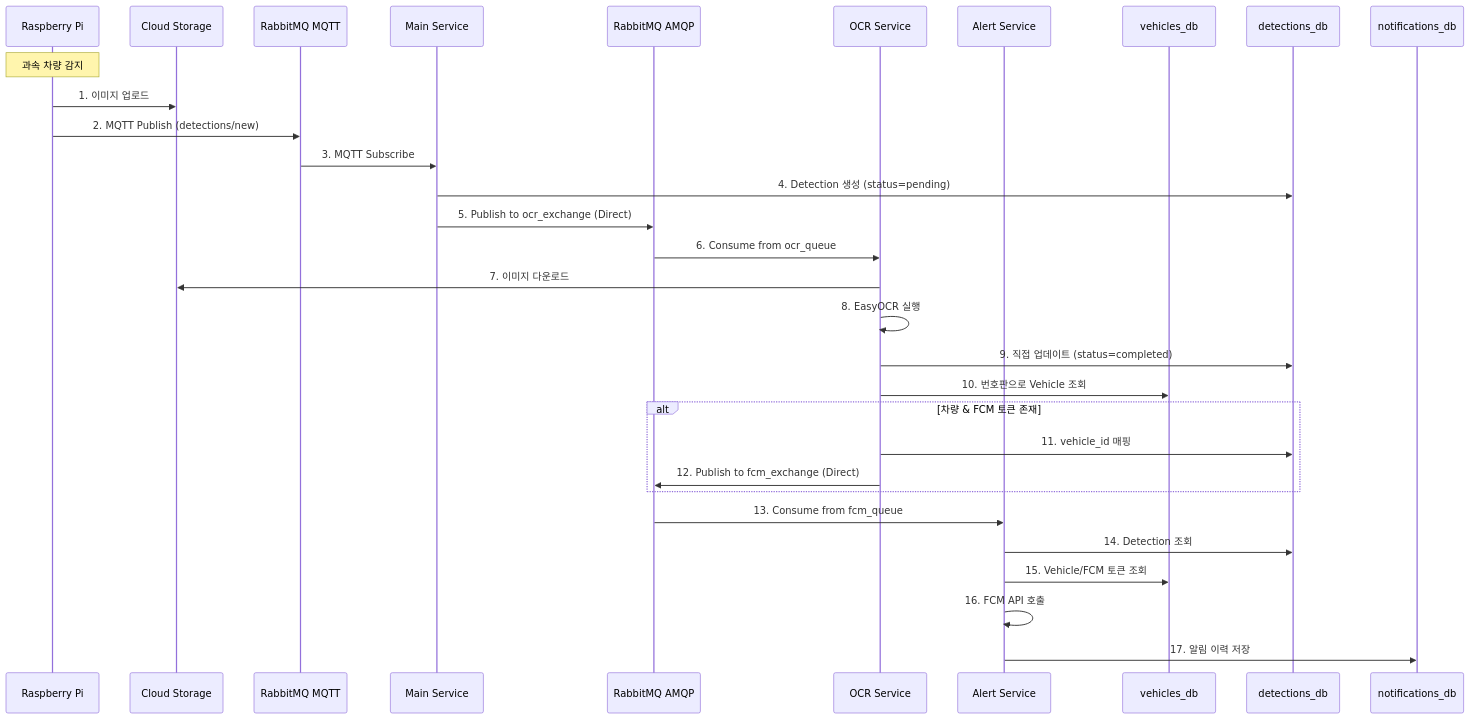
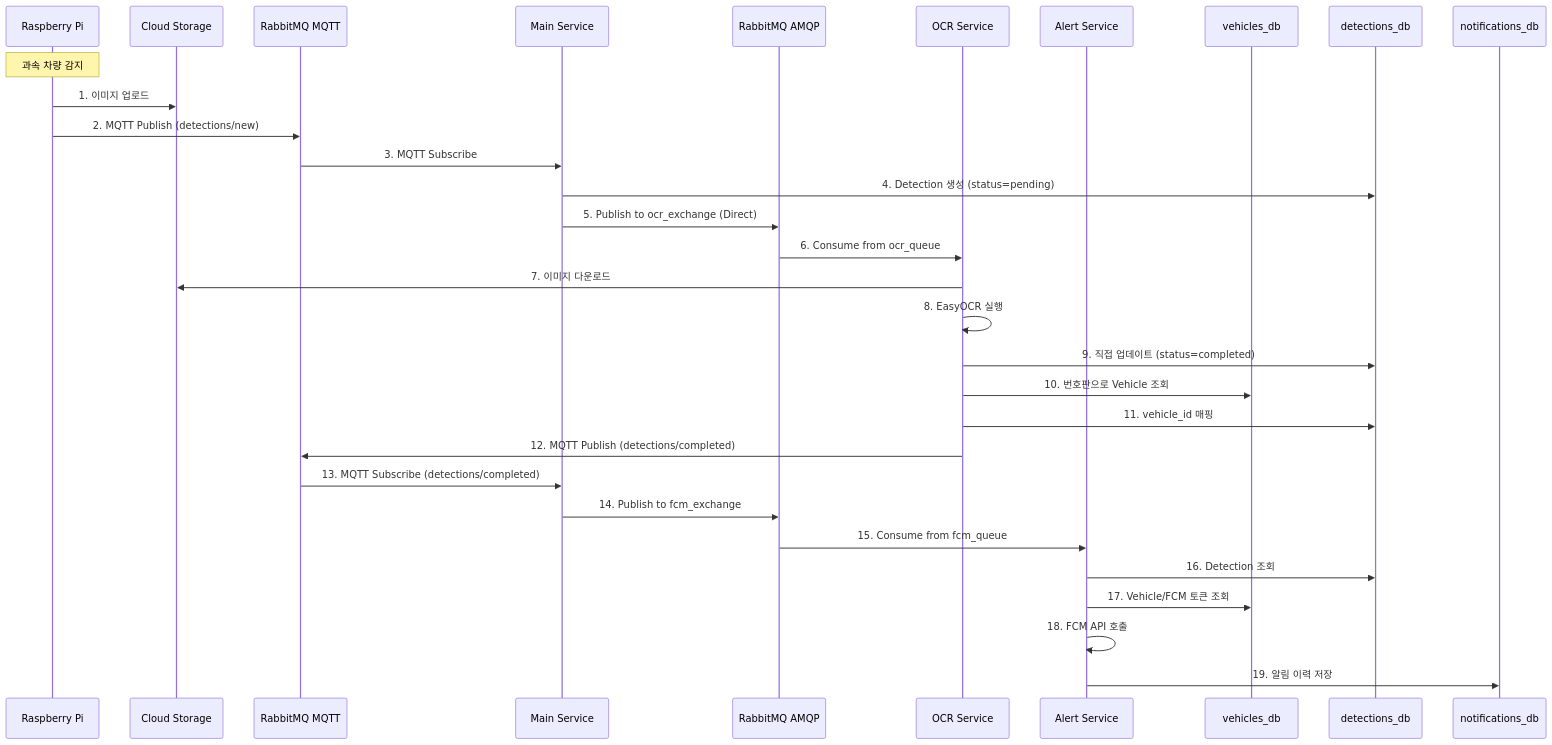
The second of 4 diagrams in docs/PRD.md (Qualcom-Capstone/backend), drawn with Mermaid before and after one commit. The commit also changed other lines of this file and 19 other files, not shown here.

````diff
--- a/docs/PRD.md
+++ b/docs/PRD.md
@@ -117,37 +119,38 @@
 ```mermaid
 sequenceDiagram
     participant Pi as Raspberry Pi
     participant GCS as Cloud Storage
     participant MQTT as RabbitMQ MQTT
     participant Django as Main Service
     participant AMQP as RabbitMQ AMQP
     participant OCR as OCR Service
     participant FCM as Alert Service
     participant VDB as vehicles_db
     participant DDB as detections_db
     participant NDB as notifications_db
 
     Note over Pi: 과속 차량 감지
     Pi->>GCS: 1. 이미지 업로드
     Pi->>MQTT: 2. MQTT Publish (detections/new)
     
     MQTT->>Django: 3. MQTT Subscribe
     Django->>DDB: 4. Detection 생성 (status=pending)
     Django->>AMQP: 5. Publish to ocr_exchange (Direct)
     
     AMQP->>OCR: 6. Consume from ocr_queue
     OCR->>GCS: 7. 이미지 다운로드
     OCR->>OCR: 8. EasyOCR 실행
     OCR->>DDB: 9. 직접 업데이트 (status=completed)
     OCR->>VDB: 10. 번호판으로 Vehicle 조회
-    alt 차량 & FCM 토큰 존재
-        OCR->>DDB: 11. vehicle_id 매핑
-        OCR->>AMQP: 12. Publish to fcm_exchange (Direct)
-    end
-    
-    AMQP->>FCM: 13. Consume from fcm_queue
-    FCM->>DDB: 14. Detection 조회
-    FCM->>VDB: 15. Vehicle/FCM 토큰 조회
-    FCM->>FCM: 16. FCM API 호출
-    FCM->>NDB: 17. 알림 이력 저장
+    OCR->>DDB: 11. vehicle_id 매핑
+    OCR->>MQTT: 12. MQTT Publish (detections/completed)
+
+    MQTT->>Django: 13. MQTT Subscribe (detections/completed)
+    Django->>AMQP: 14. Publish to fcm_exchange
+
+    AMQP->>FCM: 15. Consume from fcm_queue
+    FCM->>DDB: 16. Detection 조회
+    FCM->>VDB: 17. Vehicle/FCM 토큰 조회
+    FCM->>FCM: 18. FCM API 호출
+    FCM->>NDB: 19. 알림 이력 저장
 ```
````
